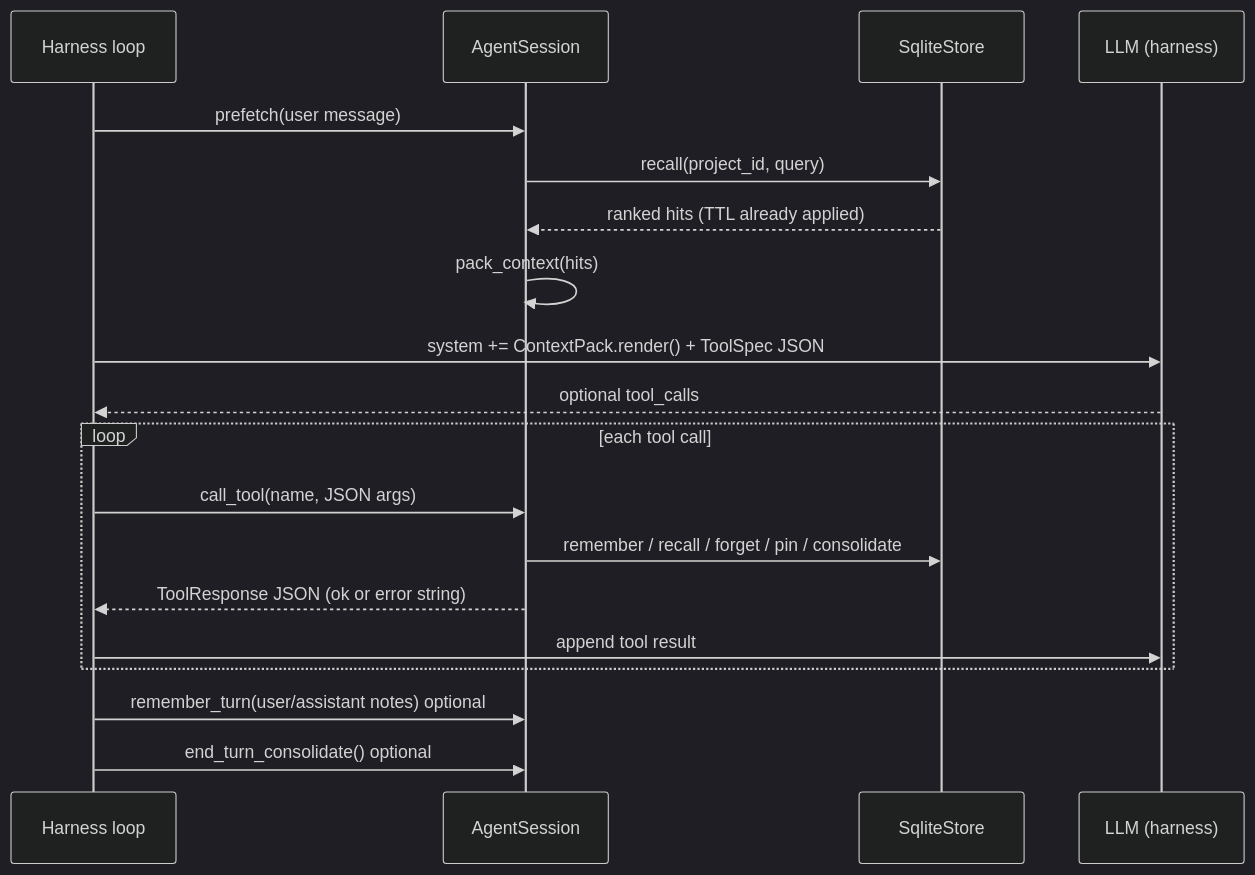
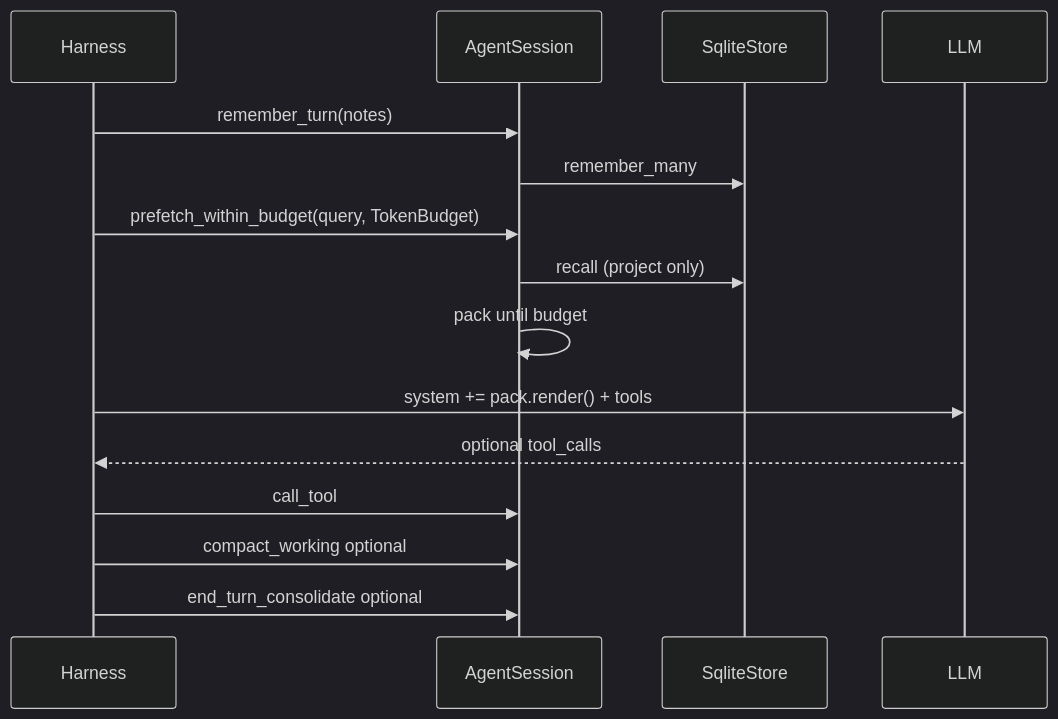
The second of 3 diagrams in docs/ARCHITECTURE.md (zzjzzb/ai-memory), drawn with Mermaid (dark theme) before and after one commit. The commit also changed other lines of this file and 12 other files, not shown here.

````diff
--- a/docs/ARCHITECTURE.md
+++ b/docs/ARCHITECTURE.md
@@ -46,22 +48,18 @@
 ```mermaid
 sequenceDiagram
-    participant H as Harness loop
+    participant H as Harness
     participant S as AgentSession
     participant K as SqliteStore
-    participant M as LLM (harness)
+    participant M as LLM
 
-    H->>S: prefetch(user message)
-    S->>K: recall(project_id, query)
-    K-->>S: ranked hits (TTL already applied)
-    S->>S: pack_context(hits)
-    H->>M: system += ContextPack.render() + ToolSpec JSON
+    H->>S: remember_turn(notes)
+    S->>K: remember_many
+    H->>S: prefetch_within_budget(query, TokenBudget)
+    S->>K: recall (project only)
+    S->>S: pack until budget
+    H->>M: system += pack.render() + tools
     M-->>H: optional tool_calls
-    loop each tool call
-        H->>S: call_tool(name, JSON args)
-        S->>K: remember / recall / forget / pin / consolidate
-        S-->>H: ToolResponse JSON (ok or error string)
-        H->>M: append tool result
-    end
-    H->>S: remember_turn(user/assistant notes) optional
-    H->>S: end_turn_consolidate() optional
+    H->>S: call_tool
+    H->>S: compact_working optional
+    H->>S: end_turn_consolidate optional
 ```
````
